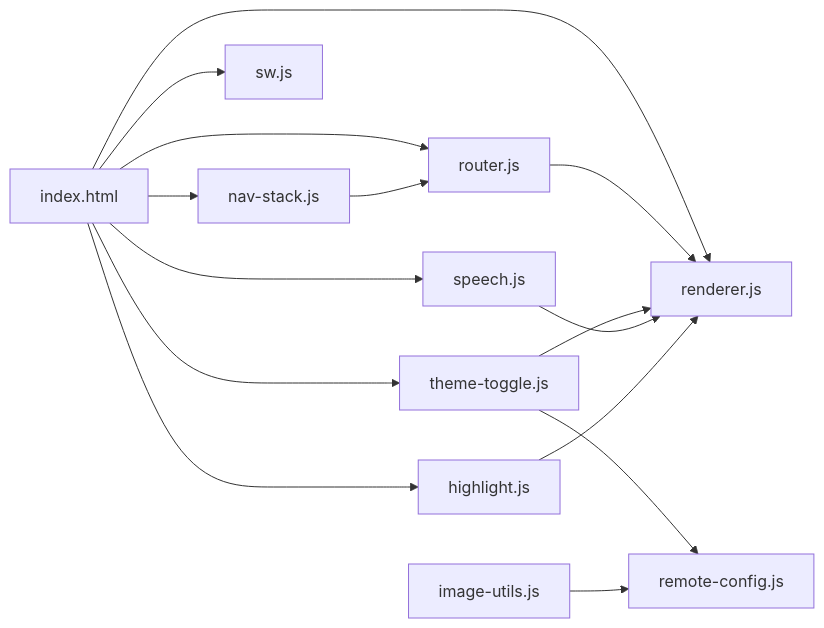
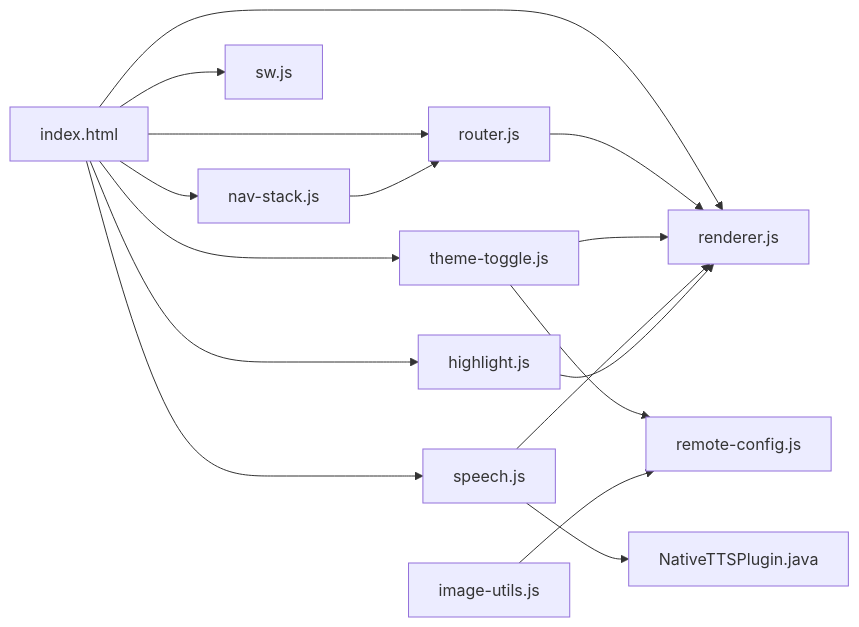
Before and after one commit to zhao-zg/cx: diagram 11 of 11 in .qoder/repowiki/zh/content/高级功能/前端功能.md, drawn with Mermaid. The commit also changed other lines of this file and 31 other files, not shown here.

````diff
--- a/.qoder/repowiki/zh/content/高级功能/前端功能.md
+++ b/.qoder/repowiki/zh/content/高级功能/前端功能.md
@@ -488,17 +499,18 @@
 ```mermaid
 graph LR
 IDX["index.html"] --> R["router.js"]
 IDX --> RN["renderer.js"]
 IDX --> ST["theme-toggle.js"]
 IDX --> SP["speech.js"]
 IDX --> HL["highlight.js"]
 IDX --> NS["nav-stack.js"]
 IDX --> SW["sw.js"]
 R --> RN
 ST --> RN
 SP --> RN
 HL --> RN
 NS --> R
 ST --> RC["remote-config.js"]
 IU["image-utils.js"] --> RC
+SP --> NTP["NativeTTSPlugin.java"]
 ```
````
